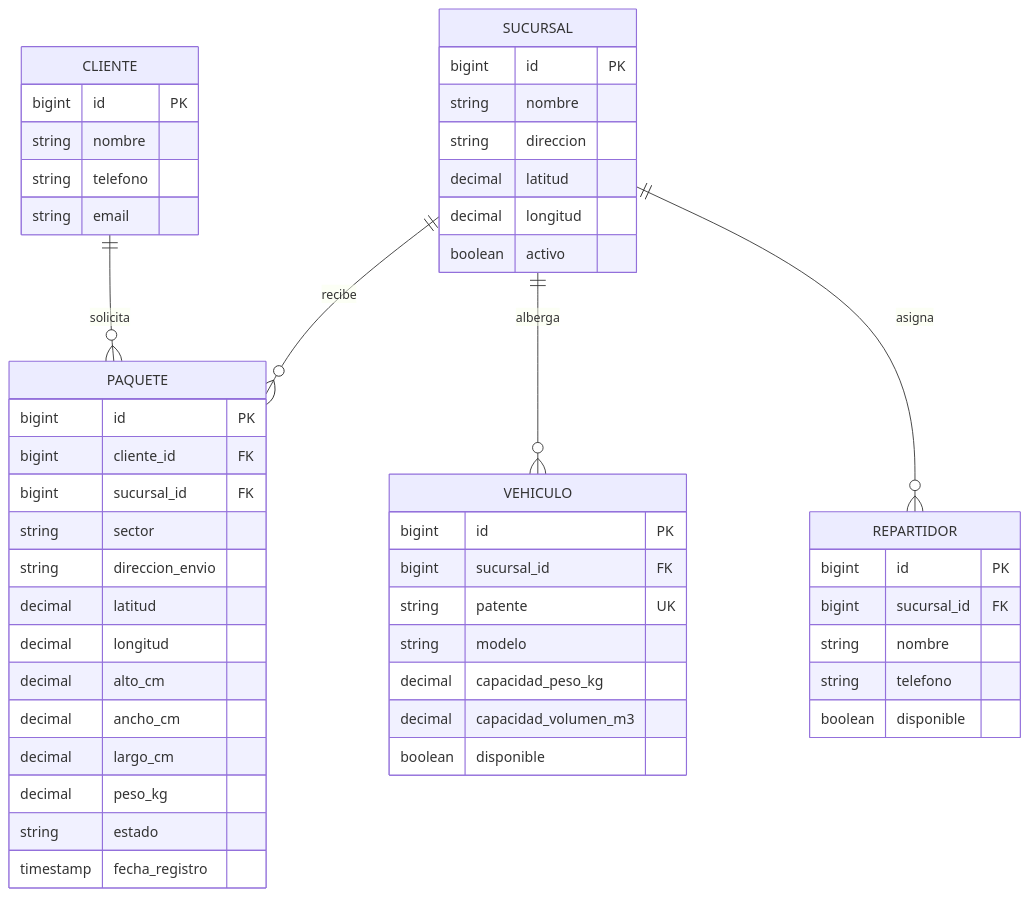
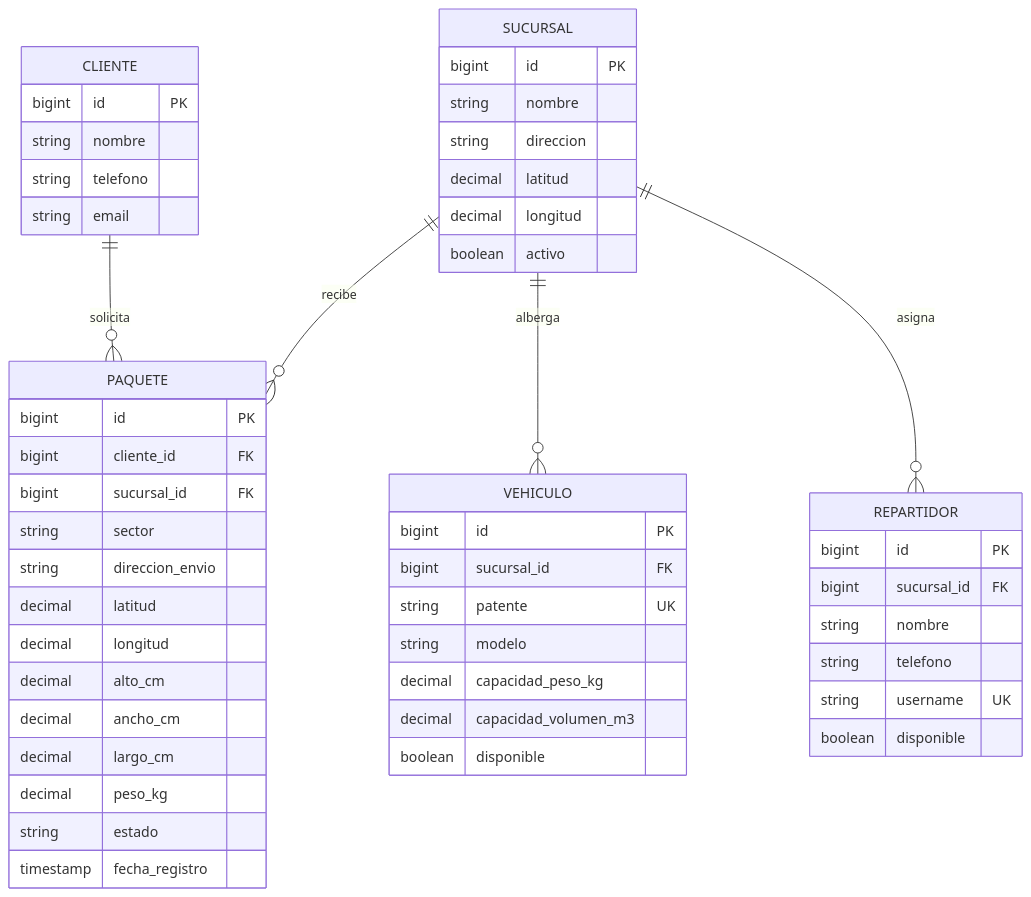
Before and after one commit to moyanoelena7/logisticaPaquetes: the second of 3 diagrams in docs/DIAGRAMS.md, drawn with Mermaid. The commit also changed other lines of this file and 2 other files, not shown here.

````diff
--- a/docs/DIAGRAMS.md
+++ b/docs/DIAGRAMS.md
@@ -66,62 +44,63 @@
 ``` mermaid
 erDiagram
 SUCURSAL ||--o{ PAQUETE : "recibe"
 SUCURSAL ||--o{ VEHICULO : "alberga"
 SUCURSAL ||--o{ REPARTIDOR : "asigna"
 CLIENTE ||--o{ PAQUETE : "solicita"
 
 
     SUCURSAL {
         bigint id PK
         string nombre
         string direccion
         decimal latitud
         decimal longitud
         boolean activo
     }
 
 
     CLIENTE {
         bigint id PK
         string nombre
         string telefono
         string email
     }
 
 
     PAQUETE {
         bigint id PK
         bigint cliente_id FK
         bigint sucursal_id FK
         string sector
         string direccion_envio
         decimal latitud
         decimal longitud
         decimal alto_cm
         decimal ancho_cm
         decimal largo_cm
         decimal peso_kg
         string estado
         timestamp fecha_registro
     }
 
 
     VEHICULO {
         bigint id PK
         bigint sucursal_id FK
         string patente UK
         string modelo
         decimal capacidad_peso_kg
         decimal capacidad_volumen_m3
         boolean disponible
     }
 
 
     REPARTIDOR {
         bigint id PK
         bigint sucursal_id FK
         string nombre
         string telefono
+        string username UK
         boolean disponible
     }
 ```
````
